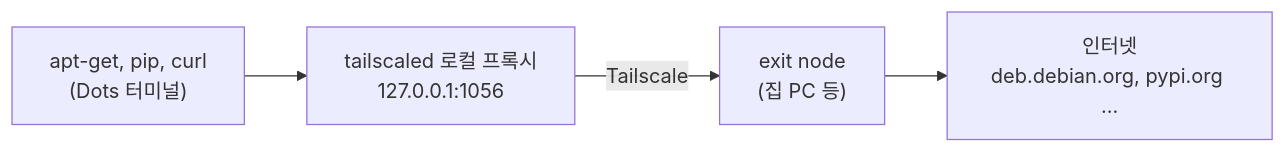
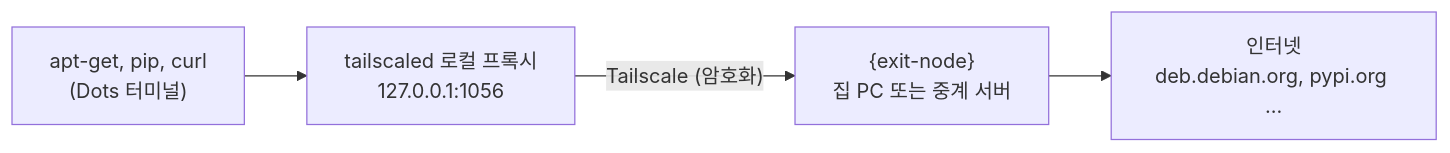
One commit to hostkimjang/dots-tsnet changed the diagram in README.md. Above: the diagram before and after it, drawn with Mermaid. The commit also changed other lines of this file and 16 other files, not shown here.

Commit message:
0.1.1: 문서 한영 재작성, {exit-node} 자리표시, tsnet start 와 TSNET_TAILSCALED_ENV

````diff
--- a/README.md
+++ b/README.md
@@ -13,6 +42,6 @@
 ```mermaid
 flowchart LR
   A["apt-get, pip, curl<br/>(Dots 터미널)"] --> B["tailscaled 로컬 프록시<br/>127.0.0.1:1056"]
-  B -->|Tailscale| C["exit node<br/>(집 PC 등)"]
+  B -->|"Tailscale (암호화)"| C["{exit-node}<br/>집 PC 또는 중계 서버"]
   C --> D["인터넷<br/>deb.debian.org, pypi.org ..."]
 ```
````
